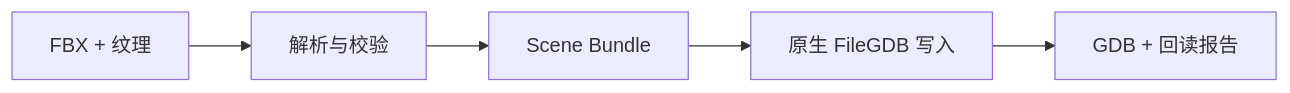
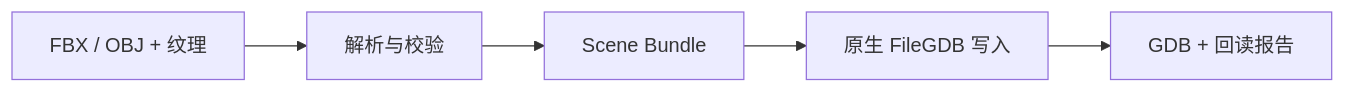
The diagram in README.md (jasper-gis/GeoModelBridge), drawn with Mermaid before and after one commit. The commit also changed other lines of this file and 31 other files, not shown here.

````diff
--- a/README.md
+++ b/README.md
@@ -34,7 +34,7 @@
 ```mermaid
 flowchart LR
-    A[FBX + 纹理] --> B[解析与校验]
+    A[FBX / OBJ + 纹理] --> B[解析与校验]
     B --> C[Scene Bundle]
     C --> D[原生 FileGDB 写入]
     D --> E[GDB + 回读报告]
 ```
````
